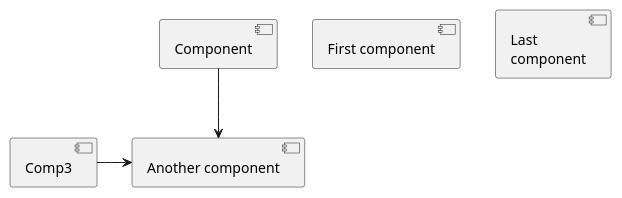
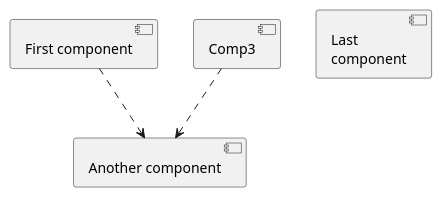
The diagram in domain/example-uml.iuml (andysylvester/federated-bookshelves), drawn with PlantUML before and after one commit.

```diff
--- a/domain/example-uml.iuml
+++ b/domain/example-uml.iuml
@@ -1,13 +1,13 @@
 @startuml
 
 [First component]
 [Another component] as Comp2
 component Comp3
 component [Last\ncomponent] as Comp4
 
-[Component] --> Comp2
-[Comp3] -> Comp2
+[First component] ..> Comp2
+[Comp3] ..> Comp2
 
 
 
 @enduml
```
